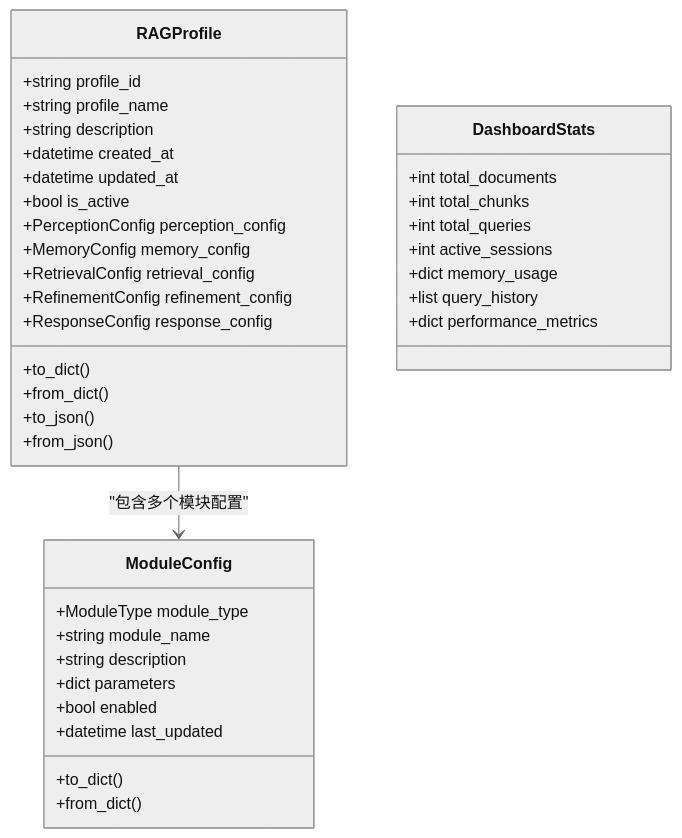
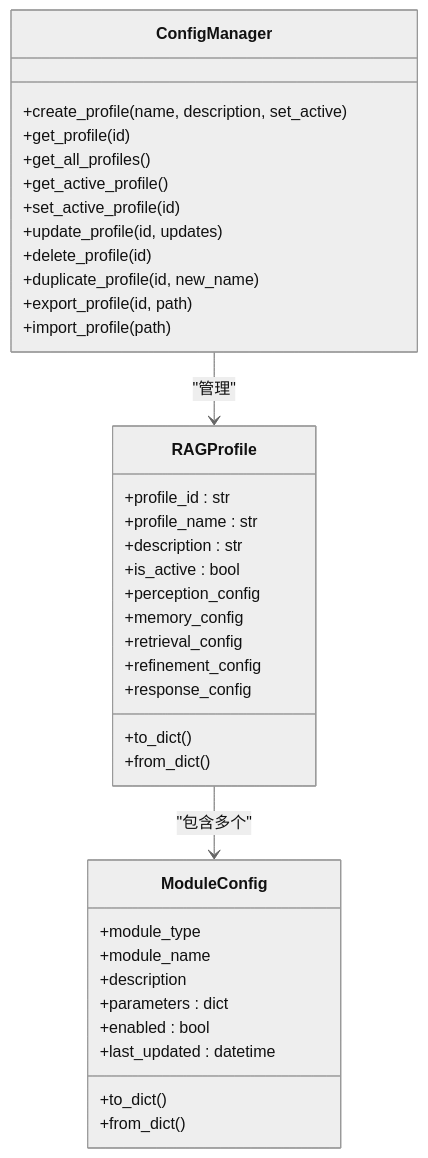
Before and after one commit to JieGaoPrinceton/NecoRAG: the seventh of 9 diagrams in .qoder/repowiki/zh/content/仪表板系统/Web服务器.md, drawn with Mermaid (neutral theme). The commit also changed other lines of this file and 181 other files, not shown here.

````diff
--- a/.qoder/repowiki/zh/content/仪表板系统/Web服务器.md
+++ b/.qoder/repowiki/zh/content/仪表板系统/Web服务器.md
@@ -242,40 +258,40 @@
 ```mermaid
 classDiagram
+class ConfigManager {
++create_profile(name, description, set_active)
++get_profile(id)
++get_all_profiles()
++get_active_profile()
++set_active_profile(id)
++update_profile(id, updates)
++delete_profile(id)
++duplicate_profile(id, new_name)
++export_profile(id, path)
++import_profile(path)
+}
 class RAGProfile {
-+string profile_id
-+string profile_name
-+string description
-+datetime created_at
-+datetime updated_at
-+bool is_active
-+PerceptionConfig perception_config
-+MemoryConfig memory_config
-+RetrievalConfig retrieval_config
-+RefinementConfig refinement_config
-+ResponseConfig response_config
-+to_dict()
-+from_dict()
-+to_json()
-+from_json()
-}
-class ModuleConfig {
-+ModuleType module_type
-+string module_name
-+string description
-+dict parameters
-+bool enabled
-+datetime last_updated
++profile_id : str
++profile_name : str
++description : str
++is_active : bool
++perception_config
++memory_config
++retrieval_config
++refinement_config
++response_config
 +to_dict()
 +from_dict()
 }
-class DashboardStats {
-+int total_documents
-+int total_chunks
-+int total_queries
-+int active_sessions
-+dict memory_usage
-+list query_history
-+dict performance_metrics
+class ModuleConfig {
++module_type
++module_name
++description
++parameters : dict
++enabled : bool
++last_updated : datetime
++to_dict()
++from_dict()
 }
-RAGProfile --> ModuleConfig : "包含多个模块配置"
+ConfigManager --> RAGProfile : "管理"
+RAGProfile --> ModuleConfig : "包含多个"
 ```
````
